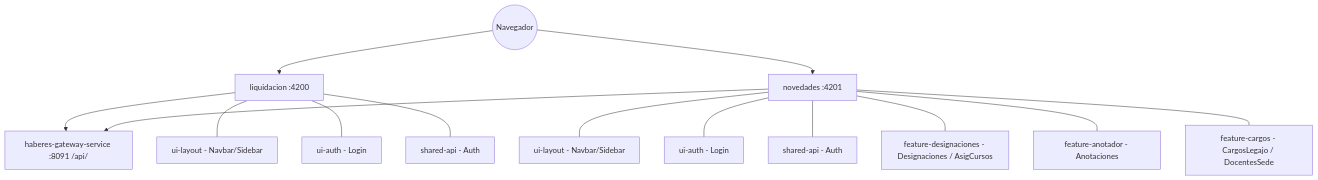
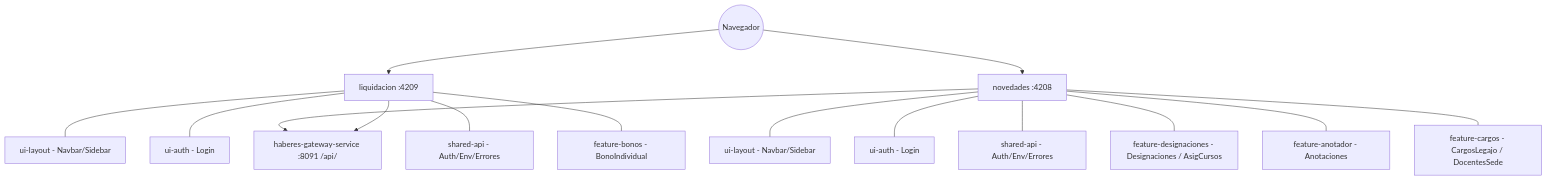
The diagram in docs/architecture.mermaid (UM-services/UM.haberes.frontend-client), drawn with Mermaid before and after one commit. The commit also changed 3 other files, not shown here.

First line of the commit message:
docs: update changelog, readme and architecture

```diff
--- a/docs/architecture.mermaid
+++ b/docs/architecture.mermaid
@@ -1,18 +1,19 @@
 graph TD
   Client((Navegador))
-  Client-->Liquidacion[liquidacion :4200]
-  Client-->Novedades[novedades :4201]
+  Client-->Liquidacion["liquidacion :4209"]
+  Client-->Novedades["novedades :4208"]
 
-  Liquidacion-->Gateway[haberes-gateway-service :8091 /api/]
+  Liquidacion-->Gateway["haberes-gateway-service :8091 /api/"]
   Novedades-->Gateway
 
-  Liquidacion---Layout1[ui-layout - Navbar/Sidebar]
-  Liquidacion---Auth1[ui-auth - Login]
-  Liquidacion---API1[shared-api - Auth]
+  Liquidacion---Layout1["ui-layout - Navbar/Sidebar"]
+  Liquidacion---Auth1["ui-auth - Login"]
+  Liquidacion---API1["shared-api - Auth/Env/Errores"]
+  Liquidacion---Bonos["feature-bonos - BonoIndividual"]
 
-  Novedades---Layout2[ui-layout - Navbar/Sidebar]
-  Novedades---Auth2[ui-auth - Login]
-  Novedades---API2[shared-api - Auth]
-  Novedades---Desig[feature-designaciones - Designaciones / AsigCursos]
-  Novedades---Anot[feature-anotador - Anotaciones]
-  Novedades---Carg[feature-cargos - CargosLegajo / DocentesSede]
+  Novedades---Layout2["ui-layout - Navbar/Sidebar"]
+  Novedades---Auth2["ui-auth - Login"]
+  Novedades---API2["shared-api - Auth/Env/Errores"]
+  Novedades---Desig["feature-designaciones - Designaciones / AsigCursos"]
+  Novedades---Anot["feature-anotador - Anotaciones"]
+  Novedades---Carg["feature-cargos - CargosLegajo / DocentesSede"]
```
